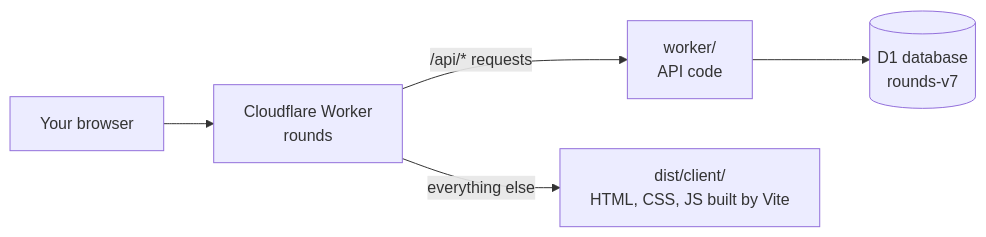
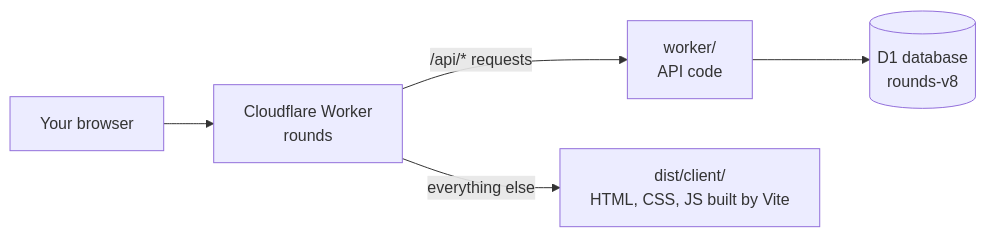
One commit to gvogas/medDashboard changed the first of 2 diagrams in docs/DEPLOYING.md. Above: the diagram before and after it, drawn with Mermaid. The commit also changed other lines of this file and 3 other files, not shown here.

````diff
--- a/docs/DEPLOYING.md
+++ b/docs/DEPLOYING.md
@@ -13,7 +13,7 @@
 ```mermaid
 flowchart LR
   B[Your browser] --> W[Cloudflare Worker<br/>rounds]
   W -->|/api/* requests| API[worker/<br/>API code]
   W -->|everything else| P[dist/client/<br/>HTML, CSS, JS built by Vite]
-  API --> D[(D1 database<br/>rounds-v7)]
+  API --> D[(D1 database<br/>rounds-v8)]
 ```
````
